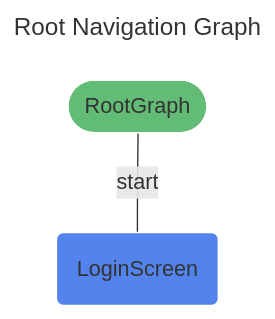
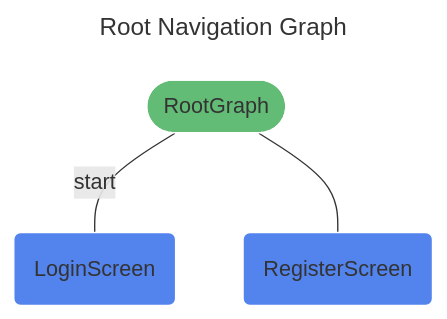
Before and after one commit to fmizielinski/ReportsAndroid: the diagram in docs/RootNavGraph.mmd, drawn with Mermaid. The commit also changed 8 other files, not shown here.

Commit message:
RA-3 Add RegisterScreen

```diff
--- a/docs/RootNavGraph.mmd
+++ b/docs/RootNavGraph.mmd
@@ -1,12 +1,13 @@
 ---
 title: Root Navigation Graph
 ---
 %%{init: {'theme':'base', 'themeVariables': { 'primaryTextColor': '#fff' }}%%
 graph TD
-root(["RootGraph"]) -- "start" --- login_screen("LoginScreen")
+root(["RootGraph"]) -- "start" --- Login("LoginScreen")
+root(["RootGraph"]) --- register_screen("RegisterScreen")
 
 
 classDef destination fill:#5383EC,stroke:#ffffff;
-class login_screen destination;
+class Login,register_screen destination;
 classDef navgraph fill:#63BC76,stroke:#ffffff;
 class root navgraph;
```
